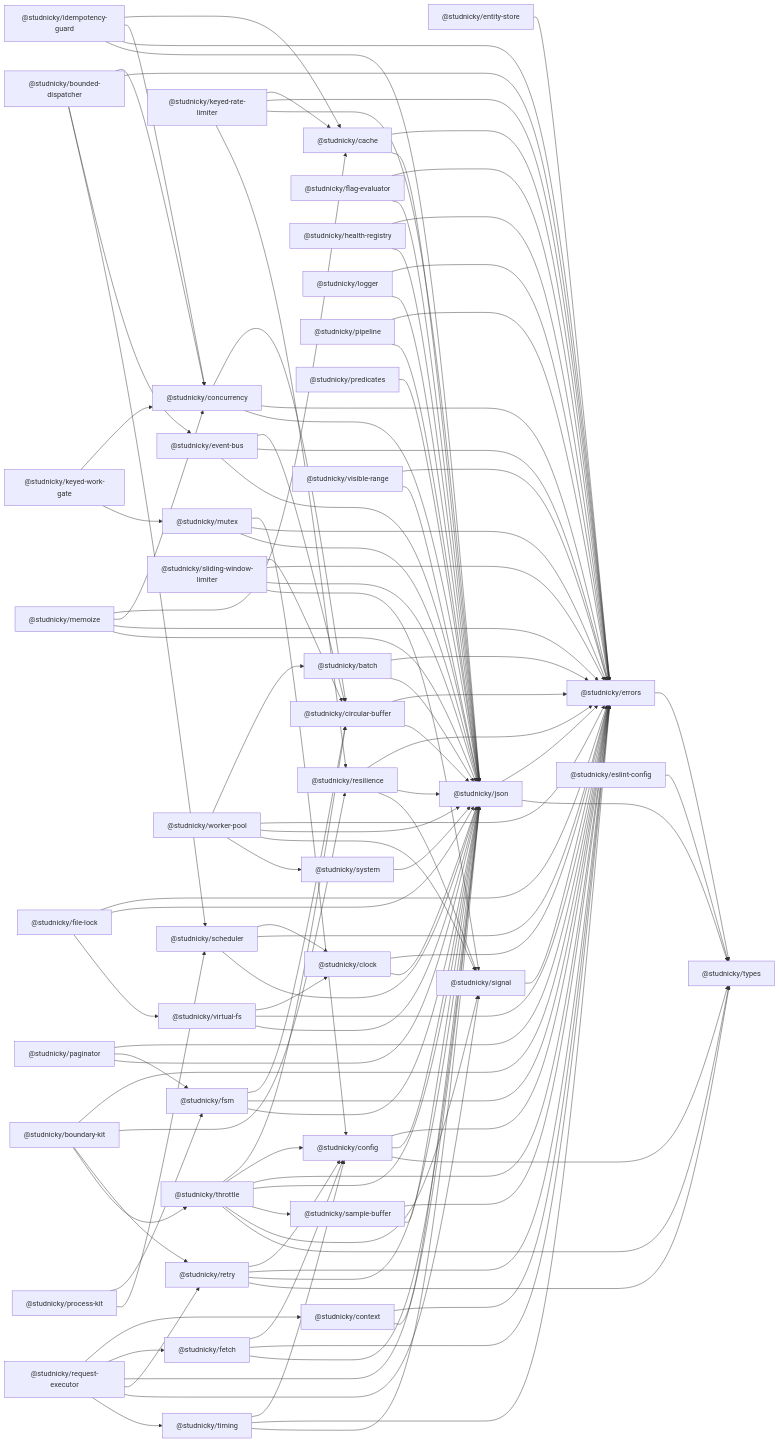
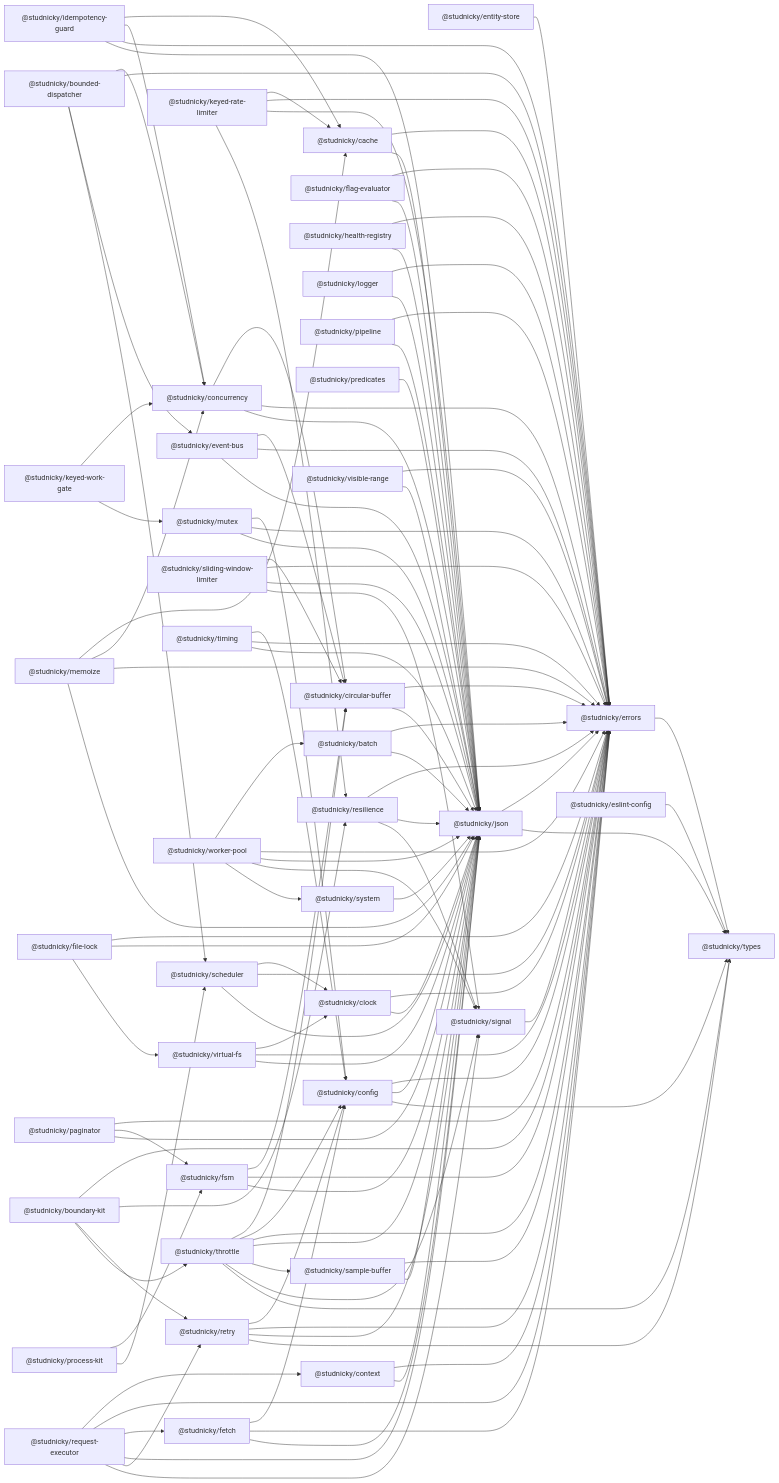
Before and after one commit to Studnicky/substrate: the diagram in docs/dependency-graph.md, drawn with Mermaid. The commit also changed 52 other files, not shown here.

```diff
--- a/docs/dependency-graph.md
+++ b/docs/dependency-graph.md
@@ -123,11 +123,11 @@
 p__studnicky_process_kit --> p__studnicky_fsm
 p__studnicky_process_kit --> p__studnicky_scheduler
 p__studnicky_request_executor --> p__studnicky_context
+p__studnicky_request_executor --> p__studnicky_errors
 p__studnicky_request_executor --> p__studnicky_fetch
 p__studnicky_request_executor --> p__studnicky_json
 p__studnicky_request_executor --> p__studnicky_retry
 p__studnicky_request_executor --> p__studnicky_signal
-p__studnicky_request_executor --> p__studnicky_timing
 p__studnicky_resilience --> p__studnicky_errors
 p__studnicky_resilience --> p__studnicky_json
 p__studnicky_resilience --> p__studnicky_signal
```
